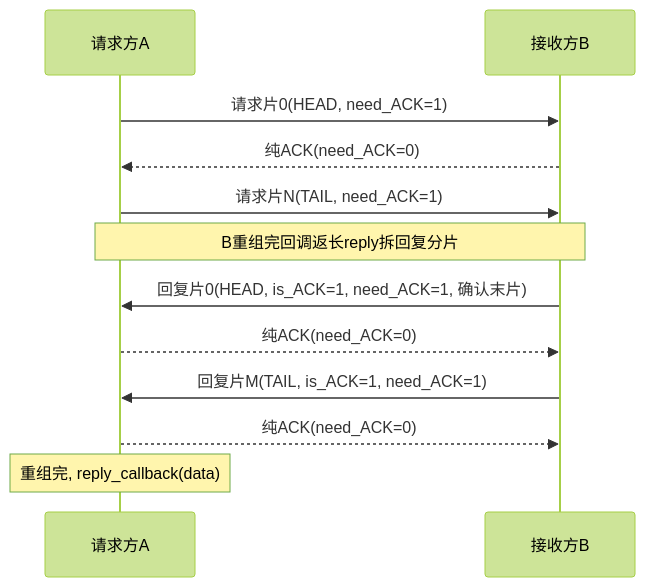
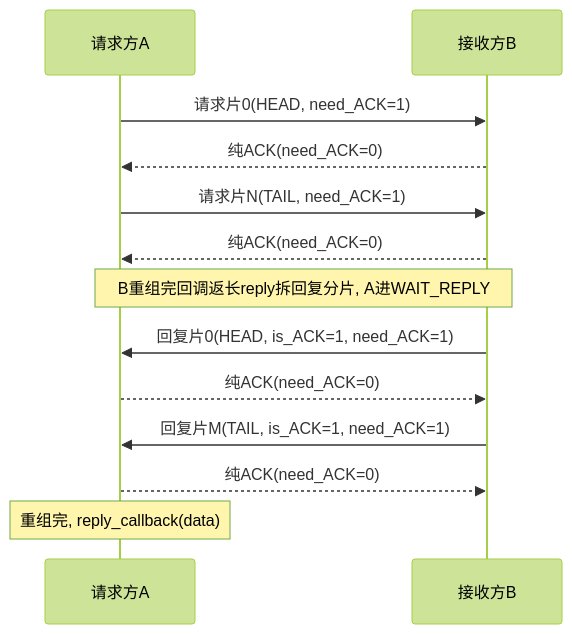
Before and after one commit to Siaiai/ObsidianNote: the sixth of 13 diagrams in 工作/项目/代码/260401S3分拣面板-SIA-R9000P.md, drawn with Mermaid (forest theme).

Commit message:
[自动]笔记同步:2026-07-14 17:09:28 涉及文件个数:1
Affected files:
工作/项目/代码/260401S3分拣面板-SIA-R9000P.md

````diff
--- a/工作/项目/代码/260401S3分拣面板-SIA-R9000P.md
+++ b/工作/项目/代码/260401S3分拣面板-SIA-R9000P.md
@@ -173,14 +173,15 @@
 ```mermaid
 sequenceDiagram
     participant A as 请求方A
     participant B as 接收方B
     A->>B: 请求片0(HEAD, need_ACK=1)
     B-->>A: 纯ACK(need_ACK=0)
     A->>B: 请求片N(TAIL, need_ACK=1)
-    Note over A,B: B重组完回调返长reply拆回复分片
-    B->>A: 回复片0(HEAD, is_ACK=1, need_ACK=1, 确认末片)
+    B-->>A: 纯ACK(need_ACK=0)
+    Note over A,B: B重组完回调返长reply拆回复分片, A进WAIT_REPLY
+    B->>A: 回复片0(HEAD, is_ACK=1, need_ACK=1)
     A-->>B: 纯ACK(need_ACK=0)
     B->>A: 回复片M(TAIL, is_ACK=1, need_ACK=1)
     A-->>B: 纯ACK(need_ACK=0)
     Note over A: 重组完, reply_callback(data)
 ```
````
